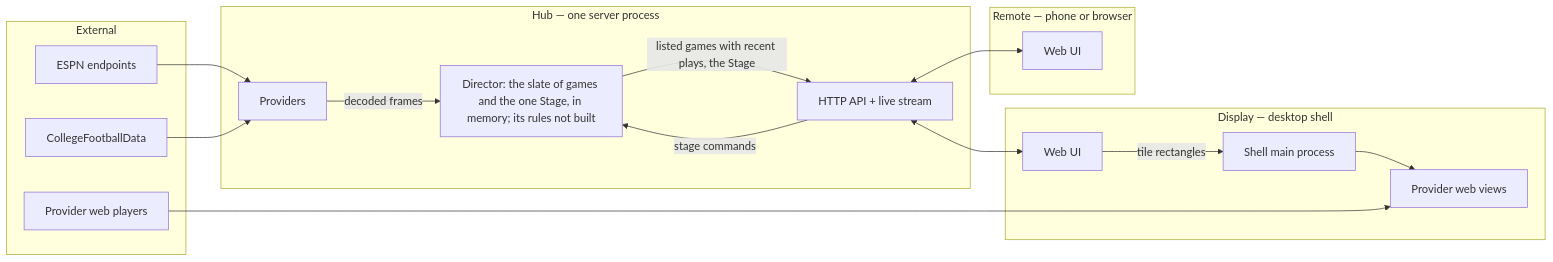
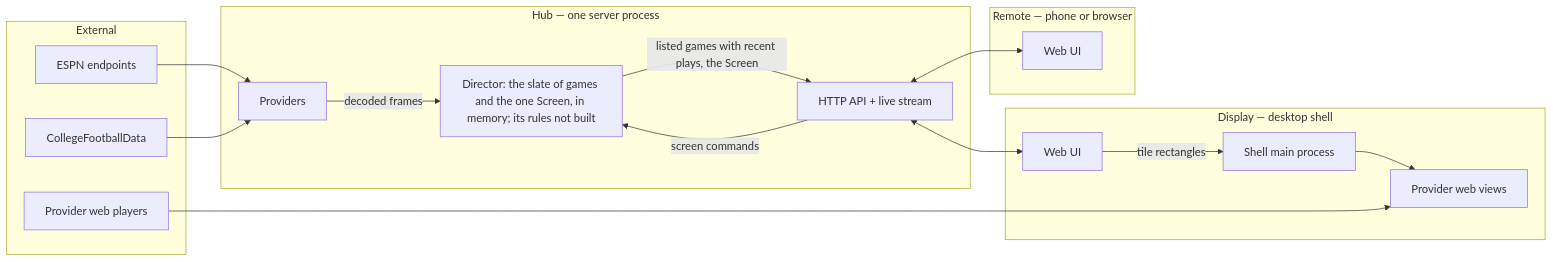
One commit to Chazzychouse/sportal changed the diagram in docs/technical-spec.md. Above: the diagram before and after it, drawn with Mermaid. The commit also changed other lines of this file and 52 other files, not shown here.

First line of the commit message:
refactor: the Stage is the Screen

````diff
--- a/docs/technical-spec.md
+++ b/docs/technical-spec.md
@@ -56,34 +56,34 @@
 ```mermaid
 flowchart LR
   subgraph ext[External]
     espn[ESPN endpoints]
     cfbd[CollegeFootballData]
     yttv[Provider web players]
   end
 
   subgraph hub[Hub — one server process]
     prov[Providers]
-    director[Director: the slate of games and the one Stage, in memory; its rules not built]
+    director[Director: the slate of games and the one Screen, in memory; its rules not built]
     api[HTTP API + live stream]
   end
 
   subgraph display[Display — desktop shell]
     ui1[Web UI]
     main[Shell main process]
     views[Provider web views]
   end
 
   subgraph remote[Remote — phone or browser]
     ui2[Web UI]
   end
 
   espn --> prov
   cfbd --> prov
   prov -- decoded frames --> director
-  director -- listed games with recent plays, the Stage --> api
-  api -- stage commands --> director
+  director -- listed games with recent plays, the Screen --> api
+  api -- screen commands --> director
   api <--> ui1
   api <--> ui2
   ui1 -- tile rectangles --> main --> views
   yttv --> views
 ```
````
